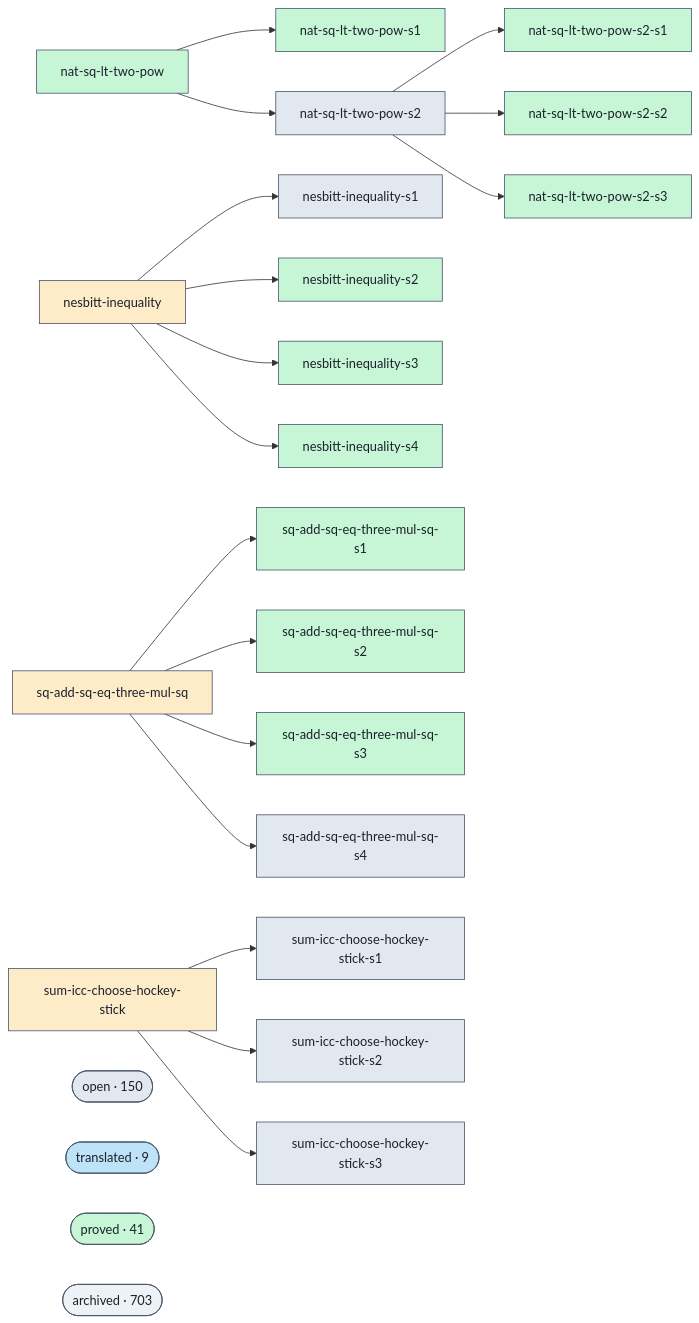
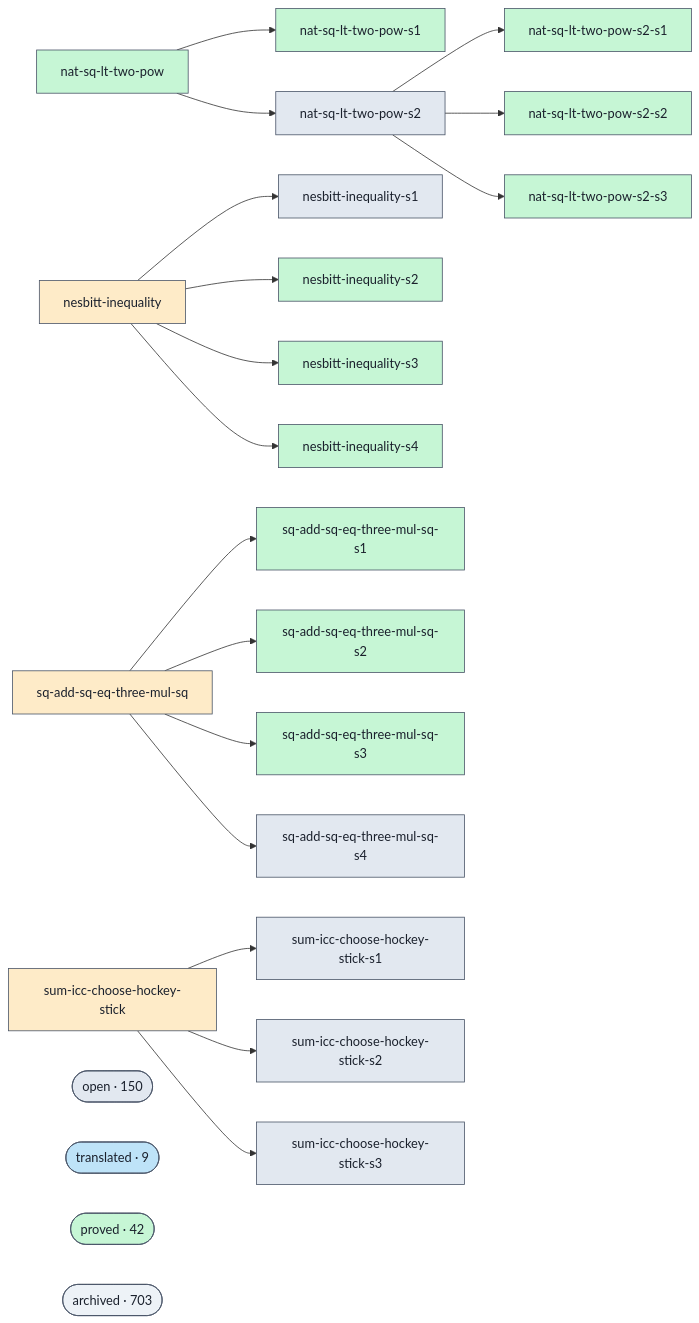
The diagram in docs/proofs-contributors-visualisation.md (Rauxon/unsorry), drawn with Mermaid before and after one commit. The commit also changed other lines of this file and 2 other files, not shown here.

```diff
--- a/docs/proofs-contributors-visualisation.md
+++ b/docs/proofs-contributors-visualisation.md
@@ -102,7 +102,7 @@
   class cluster_open open;
   cluster_translated(["translated · 9"])
   class cluster_translated translated;
-  cluster_proved(["proved · 41"])
+  cluster_proved(["proved · 42"])
   class cluster_proved proved;
   cluster_archived(["archived · 703"])
   class cluster_archived unknown;
```
